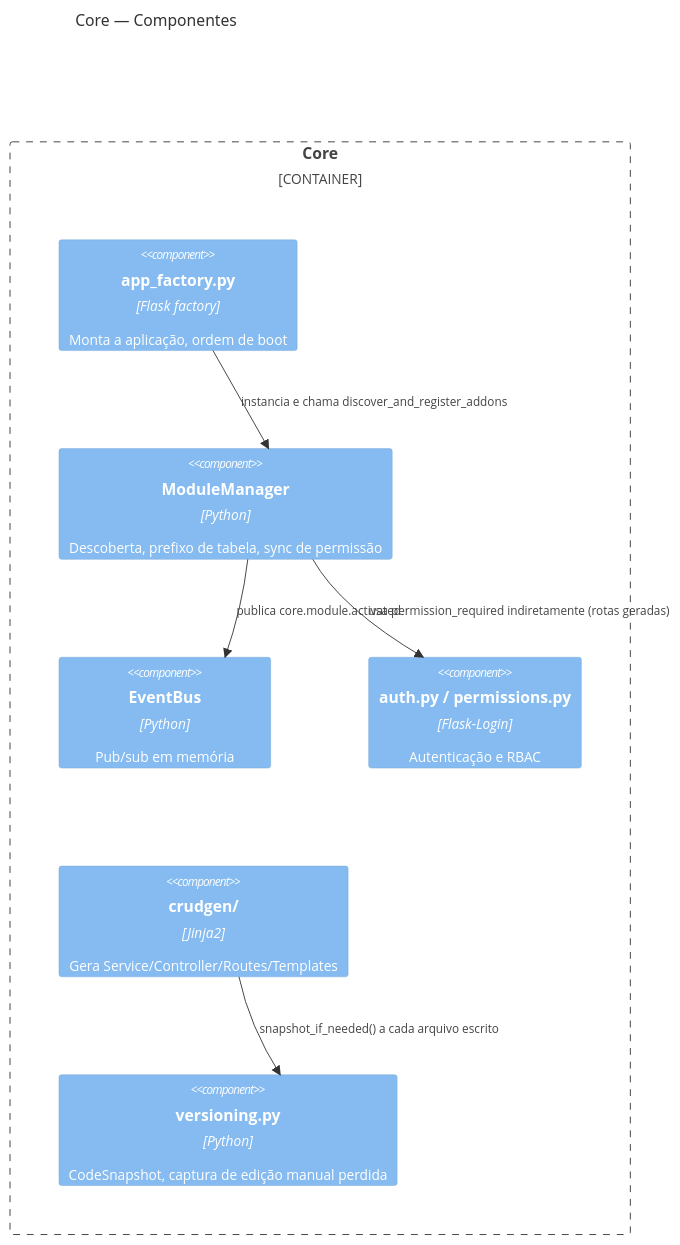
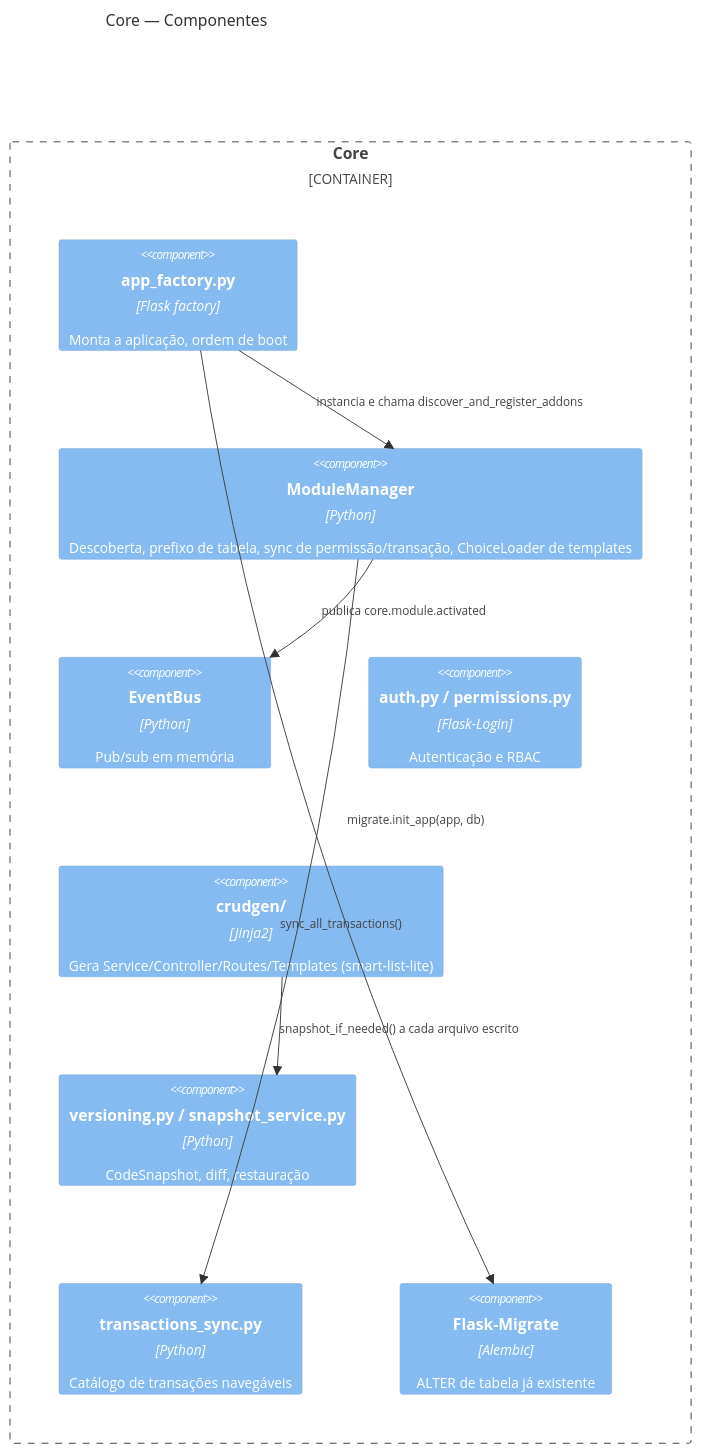
One commit to ChristopherNicolasSMM/Tesseract changed the third of 3 diagrams in docs/technical/02-diagrama-c4.md. Above: the diagram before and after it, drawn with Mermaid. The commit also changed other lines of this file and 23 other files, not shown here.

````diff
--- a/docs/technical/02-diagrama-c4.md
+++ b/docs/technical/02-diagrama-c4.md
@@ -46,18 +52,21 @@
 ```mermaid
 C4Component
     title Core — Componentes
 
     Container_Boundary(core, "Core") {
         Component(app_factory, "app_factory.py", "Flask factory", "Monta a aplicação, ordem de boot")
-        Component(module_manager, "ModuleManager", "Python", "Descoberta, prefixo de tabela, sync de permissão")
+        Component(module_manager, "ModuleManager", "Python", "Descoberta, prefixo de tabela, sync de permissão/transação, ChoiceLoader de templates")
         Component(event_bus, "EventBus", "Python", "Pub/sub em memória")
         Component(auth, "auth.py / permissions.py", "Flask-Login", "Autenticação e RBAC")
-        Component(crudgen, "crudgen/", "Jinja2", "Gera Service/Controller/Routes/Templates")
-        Component(versioning, "versioning.py", "Python", "CodeSnapshot, captura de edição manual perdida")
+        Component(crudgen, "crudgen/", "Jinja2", "Gera Service/Controller/Routes/Templates (smart-list-lite)")
+        Component(versioning, "versioning.py / snapshot_service.py", "Python", "CodeSnapshot, diff, restauração")
+        Component(transactions, "transactions_sync.py", "Python", "Catálogo de transações navegáveis")
+        Component(migrate, "Flask-Migrate", "Alembic", "ALTER de tabela já existente")
     }
 
     Rel(app_factory, module_manager, "instancia e chama discover_and_register_addons")
     Rel(module_manager, event_bus, "publica core.module.activated")
-    Rel(module_manager, auth, "usa permission_required indiretamente (rotas geradas)")
+    Rel(module_manager, transactions, "sync_all_transactions()")
     Rel(crudgen, versioning, "snapshot_if_needed() a cada arquivo escrito")
+    Rel(app_factory, migrate, "migrate.init_app(app, db)")
 ```
````
